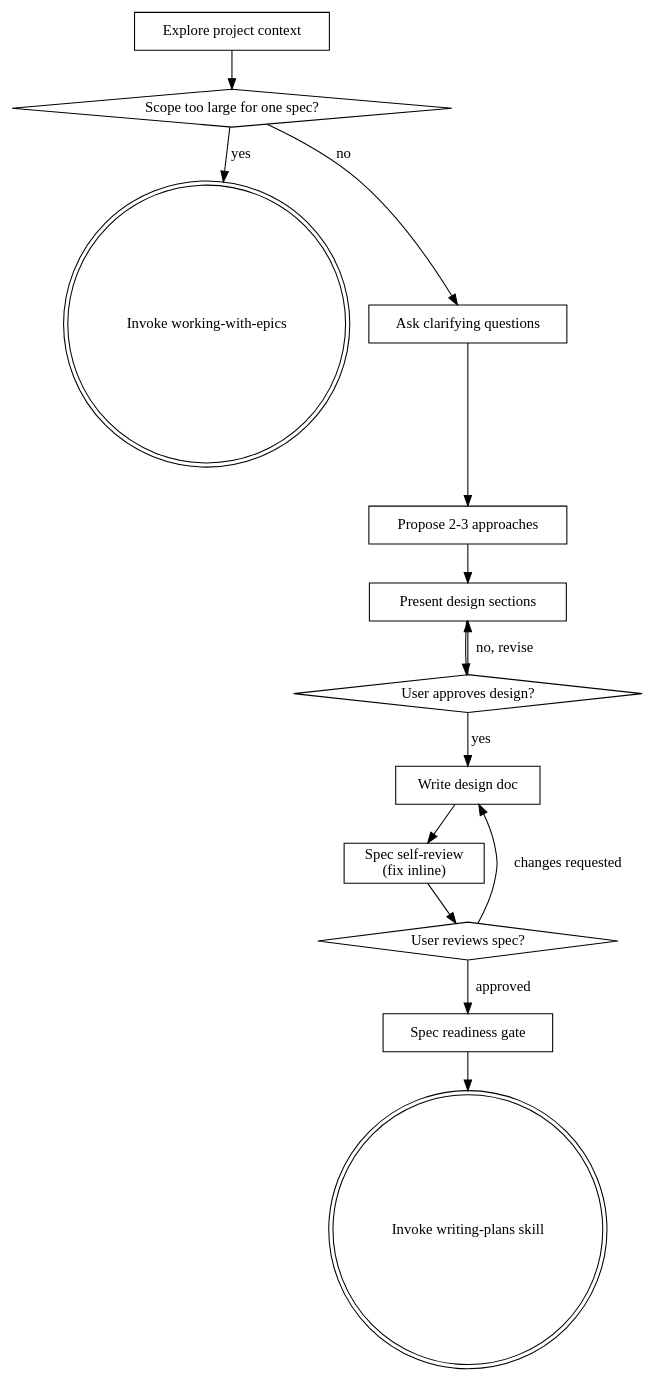
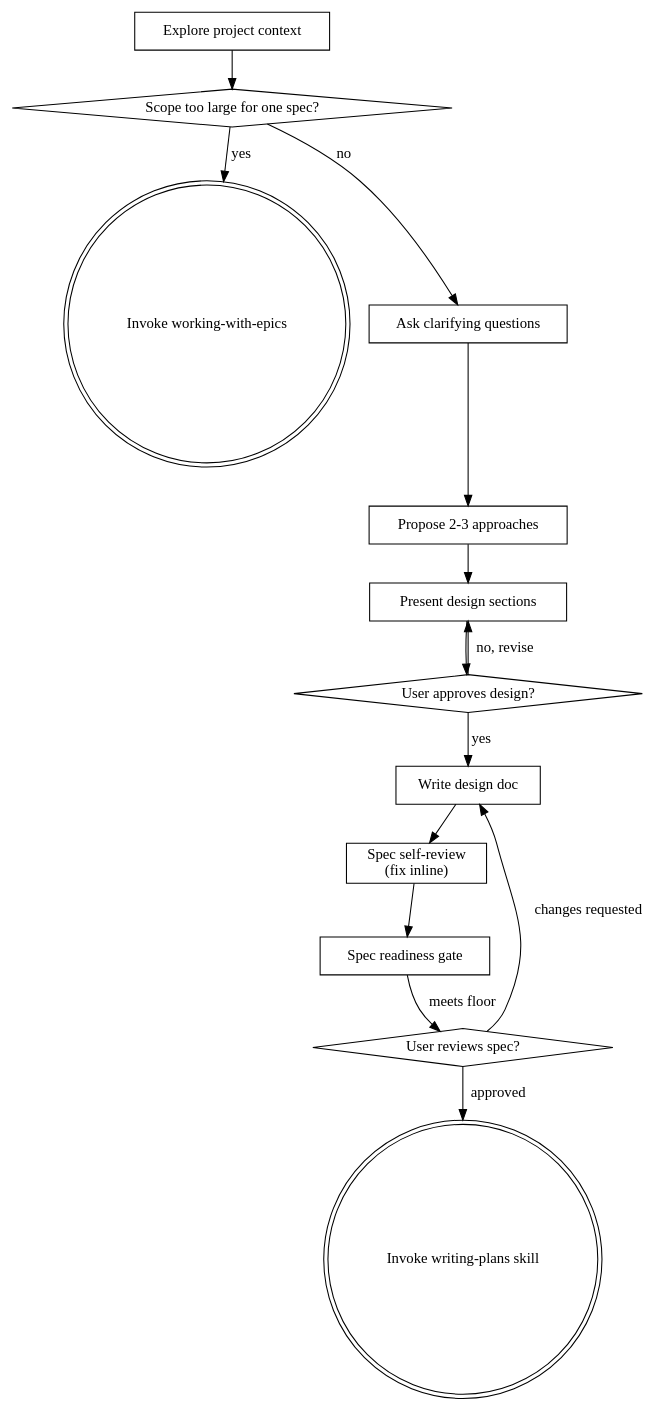
One commit to HarleyBartles/agent-asset-marketplace changed the diagram in sources/first_party/skills/brainstorming/SKILL.md. Above: the diagram before and after it, drawn with Graphviz. The commit also changed other lines of this file and 3 other files, not shown here.

Commit message:
refactor: spec readiness gate precedes user spec review

````diff
--- a/sources/first_party/skills/brainstorming/SKILL.md
+++ b/sources/first_party/skills/brainstorming/SKILL.md
@@ -63,30 +63,30 @@
 ```dot
 digraph brainstorming {
     "Explore project context" [shape=box];
     "Scope too large for one spec?" [shape=diamond];
     "Invoke working-with-epics" [shape=doublecircle];
     "Ask clarifying questions" [shape=box];
     "Propose 2-3 approaches" [shape=box];
     "Present design sections" [shape=box];
     "User approves design?" [shape=diamond];
     "Write design doc" [shape=box];
     "Spec self-review\n(fix inline)" [shape=box];
     "User reviews spec?" [shape=diamond];
     "Spec readiness gate" [shape=box];
     "Invoke writing-plans skill" [shape=doublecircle];
 
     "Explore project context" -> "Scope too large for one spec?";
     "Scope too large for one spec?" -> "Invoke working-with-epics" [label="yes"];
     "Scope too large for one spec?" -> "Ask clarifying questions" [label="no"];
     "Ask clarifying questions" -> "Propose 2-3 approaches";
     "Propose 2-3 approaches" -> "Present design sections";
     "Present design sections" -> "User approves design?";
     "User approves design?" -> "Present design sections" [label="no, revise"];
     "User approves design?" -> "Write design doc" [label="yes"];
     "Write design doc" -> "Spec self-review\n(fix inline)";
-    "Spec self-review\n(fix inline)" -> "User reviews spec?";
+    "Spec self-review\n(fix inline)" -> "Spec readiness gate";
+    "Spec readiness gate" -> "User reviews spec?" [label="meets floor"];
     "User reviews spec?" -> "Write design doc" [label="changes requested"];
-    "User reviews spec?" -> "Spec readiness gate" [label="approved"];
-    "Spec readiness gate" -> "Invoke writing-plans skill";
+    "User reviews spec?" -> "Invoke writing-plans skill" [label="approved"];
 }
 ```
````
